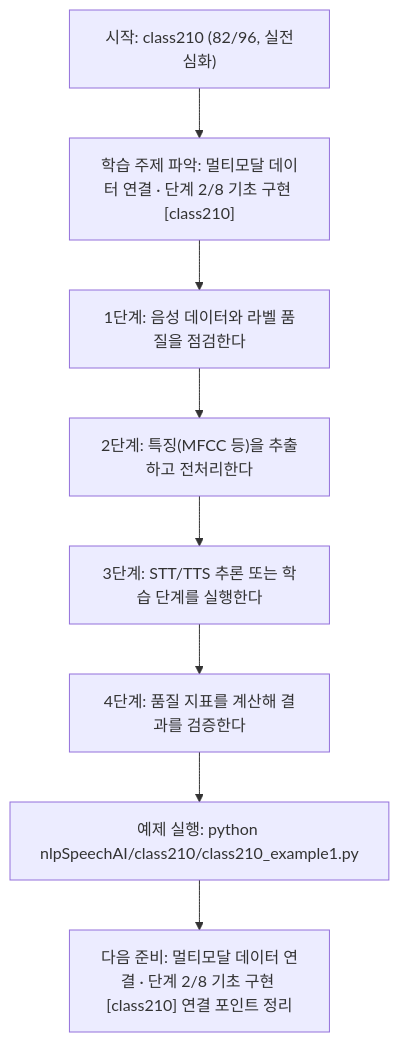
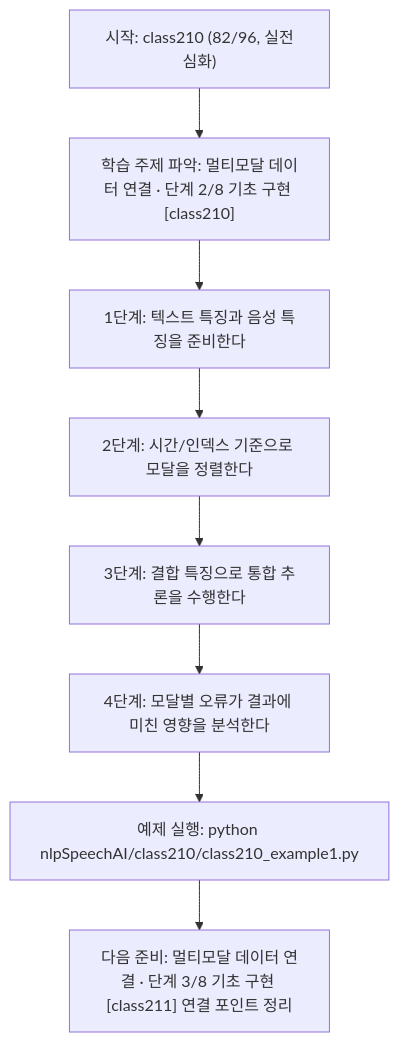
Before and after one commit to edumgt/Python-AI_Agent-Class: the diagram in nlpSpeechAI/class210/class210.md, drawn with Mermaid. The commit also changed other lines of this file and 1122 other files, not shown here.

````diff
--- a/nlpSpeechAI/class210/class210.md
+++ b/nlpSpeechAI/class210/class210.md
@@ -114,18 +95,18 @@
 ```mermaid
 flowchart TD
 N1["시작: class210 (82/96, 실전심화)"]
 N2["학습 주제 파악: 멀티모달 데이터 연결 · 단계 2/8 기초 구현 [class210]"]
-N3["1단계: 음성 데이터와 라벨 품질을 점검한다"]
-N4["2단계: 특징(MFCC 등)을 추출하고 전처리한다"]
-N5["3단계: STT/TTS 추론 또는 학습 단계를 실행한다"]
-N6["4단계: 품질 지표를 계산해 결과를 검증한다"]
+N3["1단계: 텍스트 특징과 음성 특징을 준비한다"]
+N4["2단계: 시간/인덱스 기준으로 모달을 정렬한다"]
+N5["3단계: 결합 특징으로 통합 추론을 수행한다"]
+N6["4단계: 모달별 오류가 결과에 미친 영향을 분석한다"]
 N7["예제 실행: python nlpSpeechAI/class210/class210_example1.py"]
-N8["다음 준비: 멀티모달 데이터 연결 · 단계 2/8 기초 구현 [class210] 연결 포인트 정리"]
+N8["다음 준비: 멀티모달 데이터 연결 · 단계 3/8 기초 구현 [class211] 연결 포인트 정리"]
 N1 --> N2
 N2 --> N3
 N3 --> N4
 N4 --> N5
 N5 --> N6
 N6 --> N7
 N7 --> N8
 ```
````
